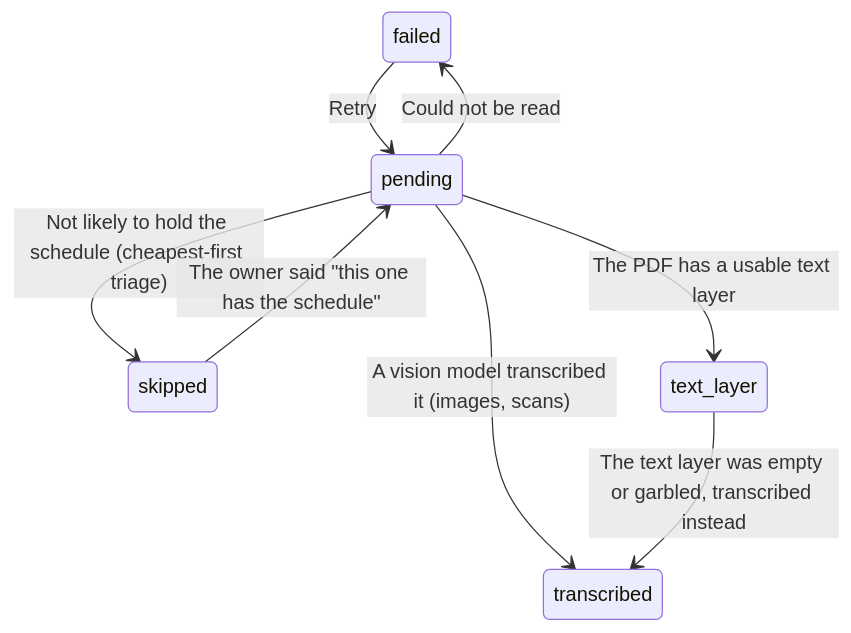
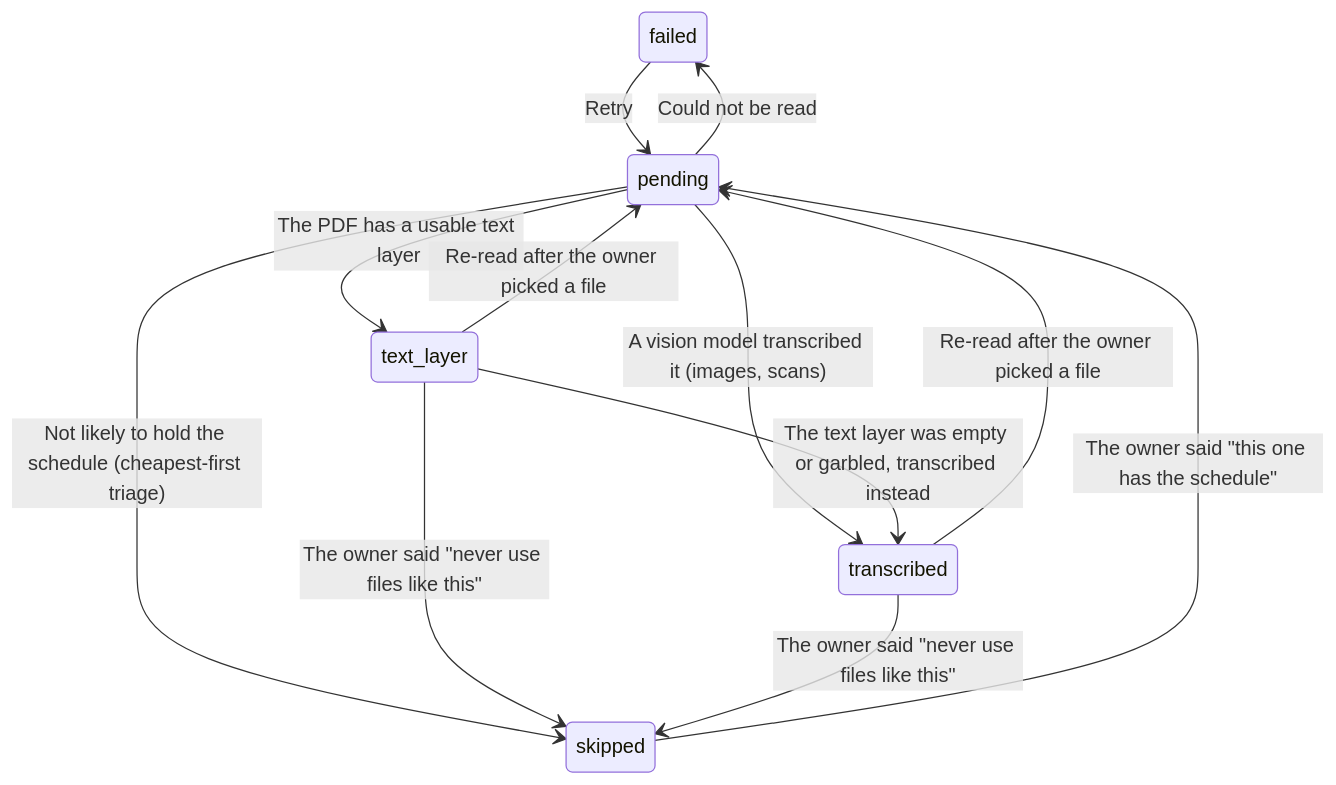
The first of 4 diagrams in docs/STATE-MACHINES.md (jordanb223-cmd/feedcal), drawn with Mermaid before and after one commit. The commit also changed other lines of this file and 25 other files, not shown here.

````diff
--- a/docs/STATE-MACHINES.md
+++ b/docs/STATE-MACHINES.md
@@ -44,10 +44,14 @@
 ```mermaid
 stateDiagram-v2
   failed --> pending: Retry
   pending --> failed: Could not be read
   pending --> skipped: Not likely to hold the schedule (cheapest-first triage)
   pending --> text_layer: The PDF has a usable text layer
   pending --> transcribed: A vision model transcribed it (images, scans)
   skipped --> pending: The owner said "this one has the schedule"
+  text_layer --> pending: Re-read after the owner picked a file
+  text_layer --> skipped: The owner said "never use files like this"
   text_layer --> transcribed: The text layer was empty or garbled, transcribed instead
+  transcribed --> pending: Re-read after the owner picked a file
+  transcribed --> skipped: The owner said "never use files like this"
 ```
````
